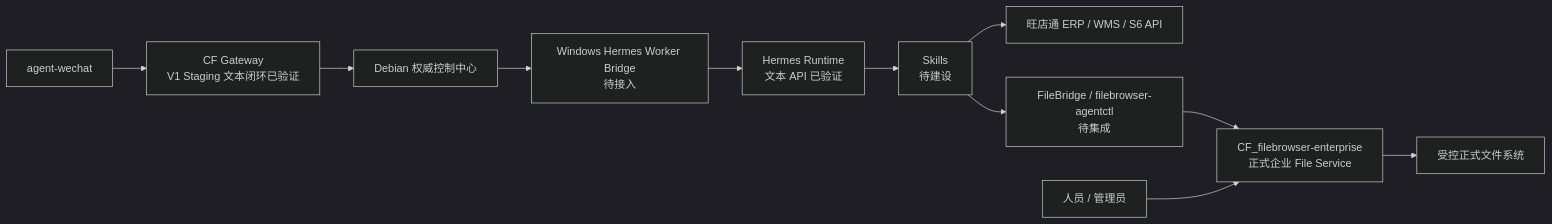
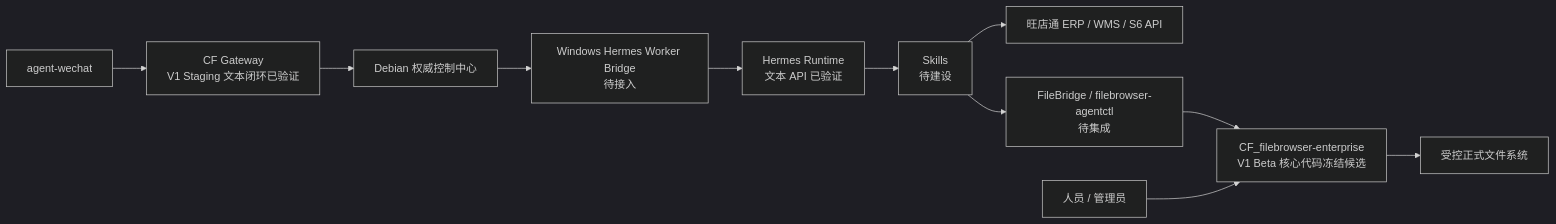
The diagram in architecture/component-map.md (Tangbohu09527/CF_ecommerce-automation-docs), drawn with Mermaid (dark theme) before and after one commit. The commit also changed other lines of this file and 9 other files, not shown here.

````diff
--- a/architecture/component-map.md
+++ b/architecture/component-map.md
@@ -23,13 +23,13 @@
 ```mermaid
 flowchart LR
     A["agent-wechat"] --> G["CF Gateway<br/>V1 Staging 文本闭环已验证"]
     G --> D["Debian 权威控制中心"]
     D --> B["Windows Hermes Worker Bridge<br/>待接入"]
     B --> H["Hermes Runtime<br/>文本 API 已验证"]
     H --> S["Skills<br/>待建设"]
     S --> E["旺店通 ERP / WMS / S6 API"]
     S --> C["FileBridge / filebrowser-agentctl<br/>待集成"]
-    C --> F["CF_filebrowser-enterprise<br/>正式企业 File Service"]
+    C --> F["CF_filebrowser-enterprise<br/>V1 Beta 核心代码冻结候选"]
     U["人员 / 管理员"] --> F
     F --> FS["受控正式文件系统"]
 ```
````
